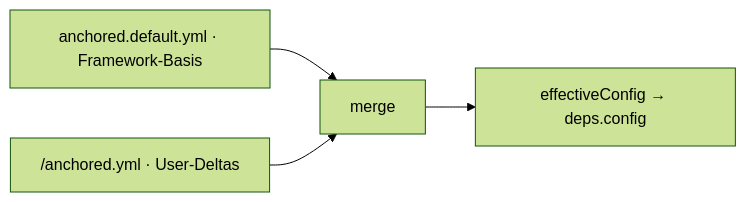
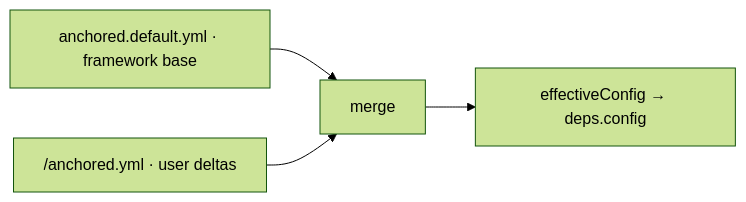
The diagram in docs/core/config/_config.md (chafoo/anchored), drawn with Mermaid (forest theme) before and after one commit. The commit also changed other lines of this file and 131 other files, not shown here.

````diff
--- a/docs/core/config/_config.md
+++ b/docs/core/config/_config.md
@@ -8,6 +8,6 @@
 ```mermaid
 flowchart LR
-    def["anchored.default.yml · Framework-Basis"] --> m["merge"]
-    usr["<project>/anchored.yml · User-Deltas"] --> m
+    def["anchored.default.yml · framework base"] --> m["merge"]
+    usr["<project>/anchored.yml · user deltas"] --> m
     m --> eff["effectiveConfig → deps.config"]
 ```
````
